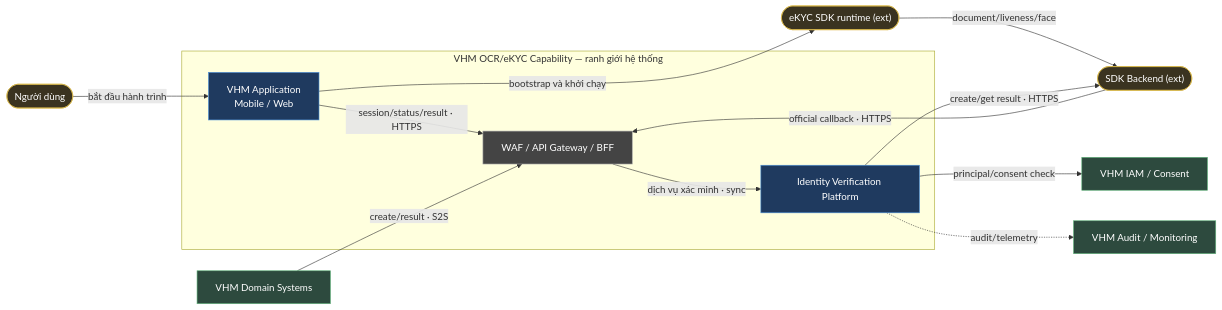
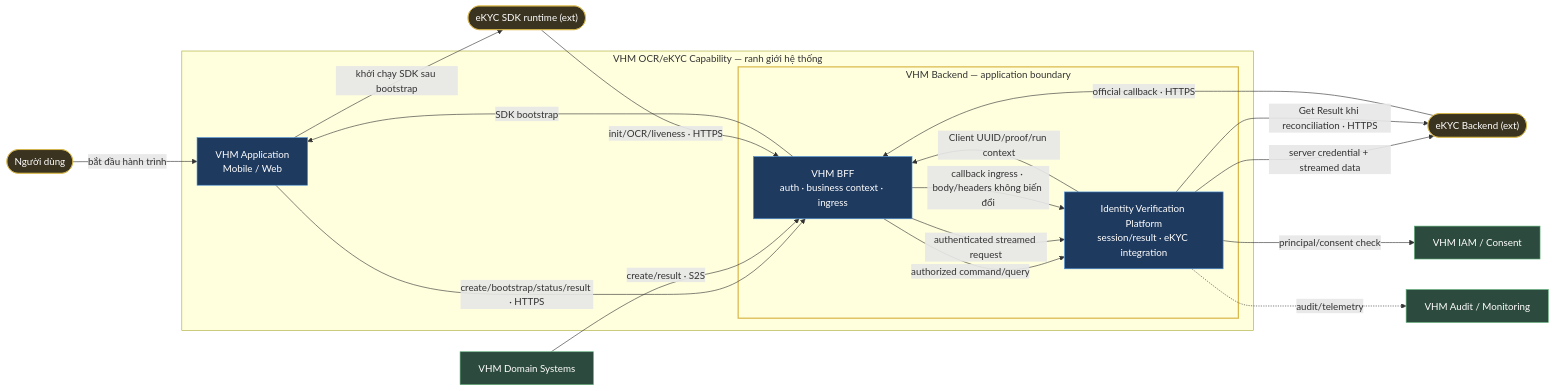
One commit to huynv-xyz/vhm changed the second of 23 diagrams in README.md. Above: the diagram before and after it, drawn with Mermaid. The commit also changed other lines of this file, not shown here.

````diff
--- a/README.md
+++ b/README.md
@@ -370,31 +399,38 @@
 ```mermaid
 flowchart LR
     USER(["Người dùng"]):::entity
     SDK(["eKYC SDK runtime (ext)"]):::entity
-    BACKEND(["SDK Backend (ext)"]):::entity
+    BACKEND(["eKYC Backend (ext)"]):::entity
     DOMAIN["VHM Domain Systems"]:::owned
     IAM["VHM IAM / Consent"]:::owned
     OBS["VHM Audit / Monitoring"]:::owned
 
     subgraph SYS["VHM OCR/eKYC Capability — ranh giới hệ thống"]
         APP["VHM Application<br/>Mobile / Web"]:::bc
-        EDGE["WAF / API Gateway / BFF"]:::infra
-        IVP["Identity Verification Platform"]:::bc
+        subgraph VHMBE["VHM Backend — application boundary"]
+            BFF["VHM BFF<br/>auth · business context · ingress"]:::bc
+            IVP["Identity Verification Platform<br/>session/result · eKYC integration"]:::bc
+        end
     end
 
     USER -->|bắt đầu hành trình| APP
-    APP -->|session/status/result · HTTPS| EDGE
-    EDGE -->|dịch vụ xác minh · sync| IVP
-    DOMAIN -->|create/result · S2S| EDGE
-    APP -->|bootstrap và khởi chạy| SDK
-    SDK -->|document/liveness/face| BACKEND
-    BACKEND -->|official callback · HTTPS| EDGE
-    IVP -->|create/get result · HTTPS| BACKEND
+    APP -->|create/bootstrap/status/result · HTTPS| BFF
+    DOMAIN -->|create/result · S2S| BFF
+    BFF -->|authorized command/query| IVP
+    IVP -->|Client UUID/proof/run context| BFF
+    BFF -->|SDK bootstrap| APP
+    APP -->|khởi chạy SDK sau bootstrap| SDK
+    SDK -->|init/OCR/liveness · HTTPS| BFF
+    BFF -->|authenticated streamed request| IVP
+    IVP -->|server credential + streamed data| BACKEND
+    BACKEND -->|official callback · HTTPS| BFF
+    BFF -->|callback ingress · body/headers không biến đổi| IVP
+    IVP -->|Get Result khi reconciliation · HTTPS| BACKEND
     IVP -->|principal/consent check| IAM
     IVP -.->|audit/telemetry| OBS
 
     classDef bc fill:#1f3a5f,stroke:#4a90d9,color:#fff;
     classDef owned fill:#2d4a3e,stroke:#5fb37a,color:#fff;
     classDef entity fill:#3a3320,stroke:#d9b84a,color:#fff;
-    classDef infra fill:#444,stroke:#aaa,color:#fff;
+    style VHMBE stroke:#d9b84a,stroke-width:2px
 ```
````
